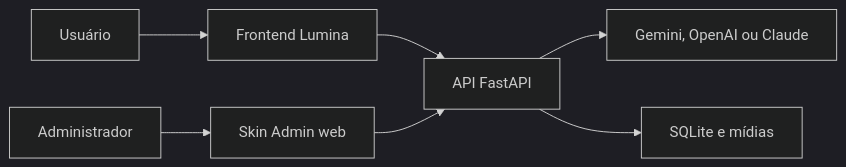
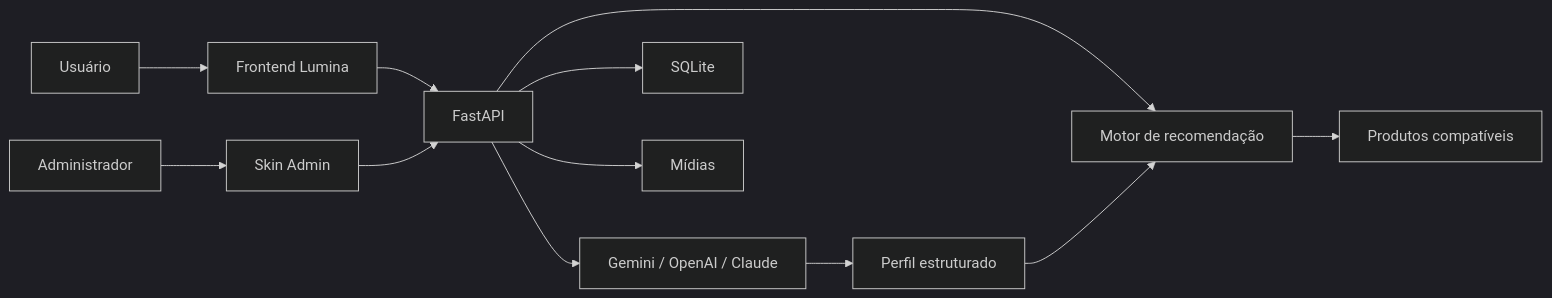
The diagram in README.md (GabrielJalmeida/api-analise-pele), drawn with Mermaid (dark theme) before and after one commit. The commit also changed other lines of this file, not shown here.

````diff
--- a/README.md
+++ b/README.md
@@ -33,9 +65,17 @@
 ```mermaid
 flowchart LR
     U["Usuário"] --> F["Frontend Lumina"]
-    A["Administrador"] --> P["Skin Admin web"]
-    F --> API["API FastAPI"]
-    P --> API
-    API --> IA["Gemini, OpenAI ou Claude"]
-    API --> DB["SQLite e mídias"]
+    A["Administrador"] --> ADM["Skin Admin"]
+
+    F --> API["FastAPI"]
+    ADM --> API
+
+    API --> AI["Gemini / OpenAI / Claude"]
+    API --> ENGINE["Motor de recomendação"]
+    API --> DB["SQLite"]
+    API --> MEDIA["Mídias"]
+
+    AI --> PROFILE["Perfil estruturado"]
+    PROFILE --> ENGINE
+    ENGINE --> PRODUCTS["Produtos compatíveis"]
 ```
````
